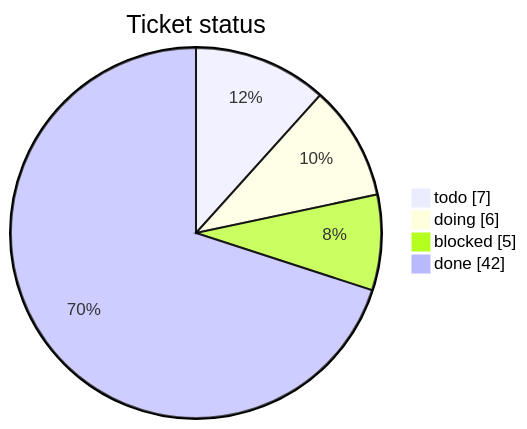
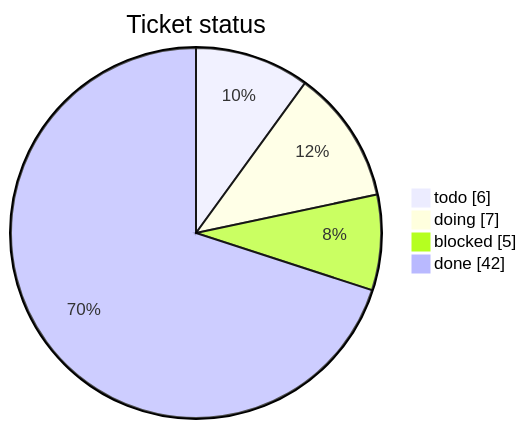
One commit to mohamed-soubhi/bootlab-esp changed the first of 3 diagrams in tickets/TICKETS.md. Above: the diagram before and after it, drawn with Mermaid. The commit also changed other lines of this file and 12 other files, not shown here.

````diff
--- a/tickets/TICKETS.md
+++ b/tickets/TICKETS.md
@@ -15,7 +15,7 @@
 ```mermaid
 pie showData title Ticket status
-    "todo" : 7
-    "doing" : 6
+    "todo" : 6
+    "doing" : 7
     "blocked" : 5
     "done" : 42
 ```
````
